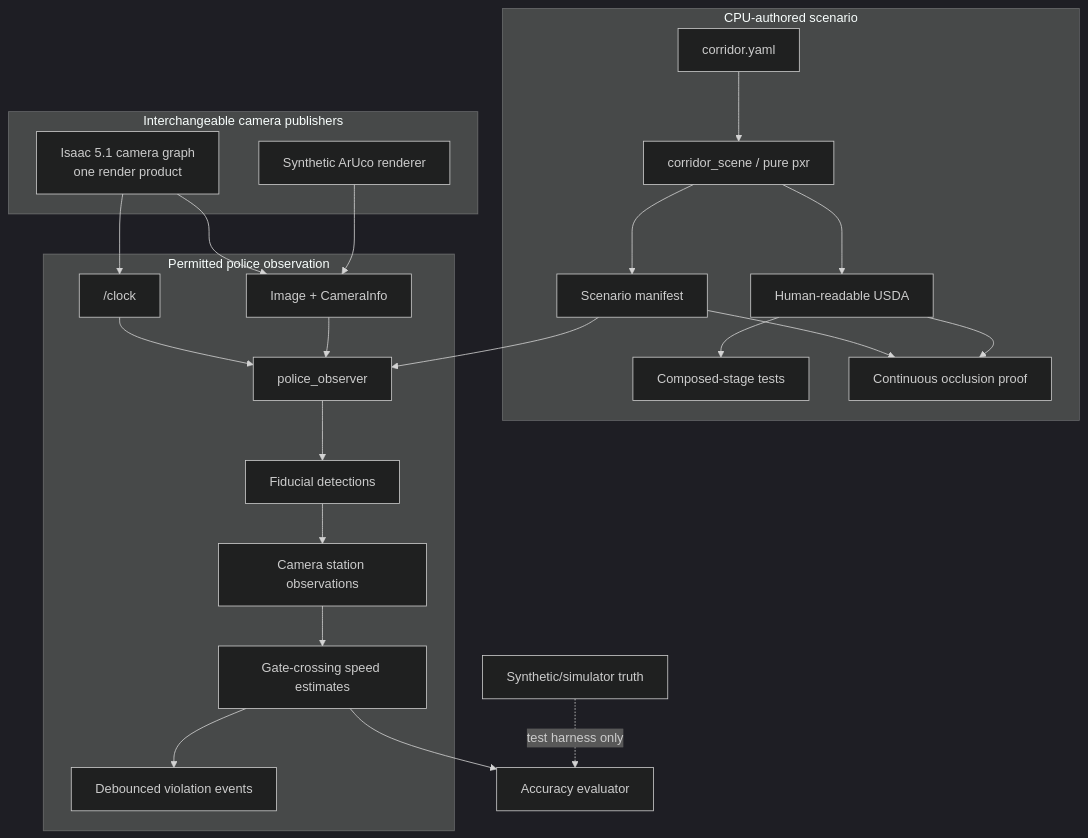
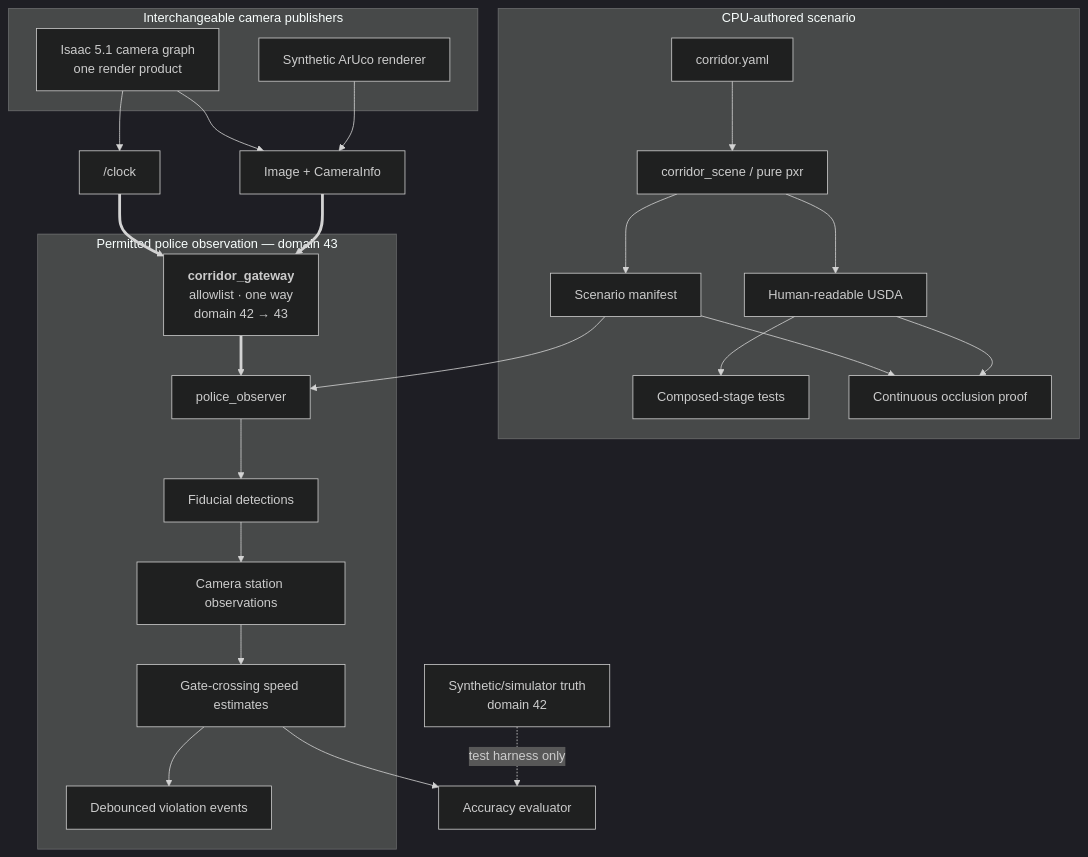
The first of 4 diagrams in docs/DESIGN.md (alexandergmzx/corridor-twin), drawn with Mermaid (dark theme) before and after one commit. The commit also changed other lines of this file and 5 other files, not shown here.

````diff
--- a/docs/DESIGN.md
+++ b/docs/DESIGN.md
@@ -39,33 +39,35 @@
 ```mermaid
 flowchart TB
     subgraph Authoring["CPU-authored scenario"]
         Config["corridor.yaml"] --> Generator["corridor_scene / pure pxr"]
         Generator --> USD["Human-readable USDA"]
         Generator --> Manifest["Scenario manifest"]
         USD --> StageTests["Composed-stage tests"]
         USD --> Occlusion["Continuous occlusion proof"]
         Manifest --> Occlusion
     end
 
     subgraph Publishers["Interchangeable camera publishers"]
         Synthetic["Synthetic ArUco renderer"]
         Isaac["Isaac 5.1 camera graph<br/>one render product"]
     end
 
     Synthetic --> CameraContract["Image + CameraInfo"]
     Isaac --> CameraContract
     Isaac --> Clock["/clock"]
 
-    subgraph Observation["Permitted police observation"]
-        CameraContract --> Observer["police_observer"]
+    CameraContract ==> Gateway["<b>corridor_gateway</b><br/>allowlist &middot; one way<br/>domain 42 &rarr; 43"]
+    Clock ==> Gateway
+
+    subgraph Observation["Permitted police observation &mdash; domain 43"]
+        Gateway ==> Observer["police_observer"]
         Manifest --> Observer
-        Clock --> Observer
         Observer --> Detect["Fiducial detections"]
         Detect --> Station["Camera station observations"]
         Station --> Speed["Gate-crossing speed estimates"]
         Speed --> Violation["Debounced violation events"]
     end
 
-    Truth["Synthetic/simulator truth"] -. "test harness only" .-> Evaluation["Accuracy evaluator"]
+    Truth["Synthetic/simulator truth<br/>domain 42"] -. "test harness only" .-> Evaluation["Accuracy evaluator"]
     Speed --> Evaluation
 ```
````
